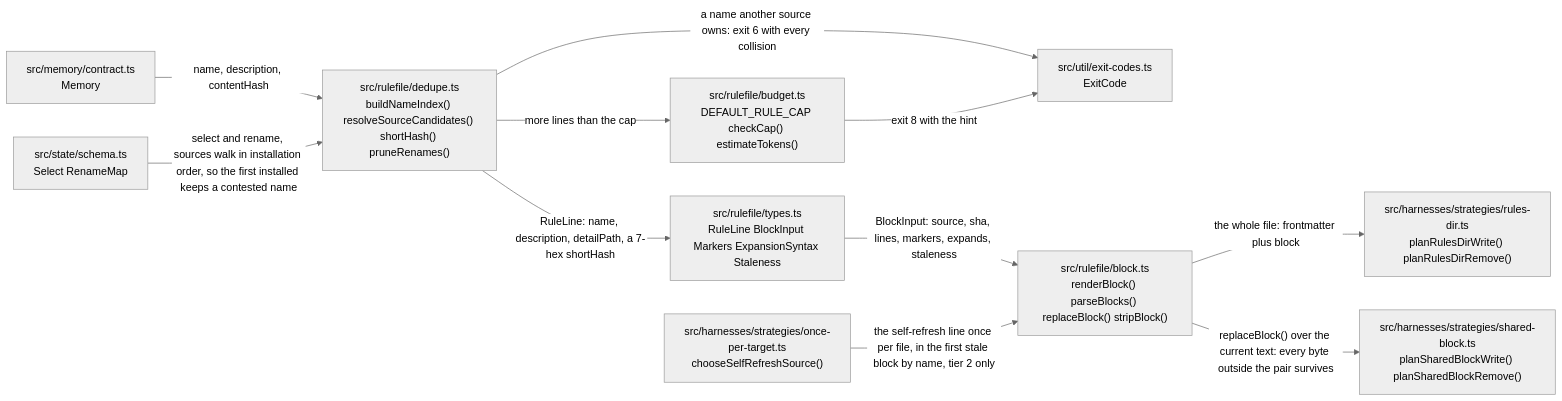
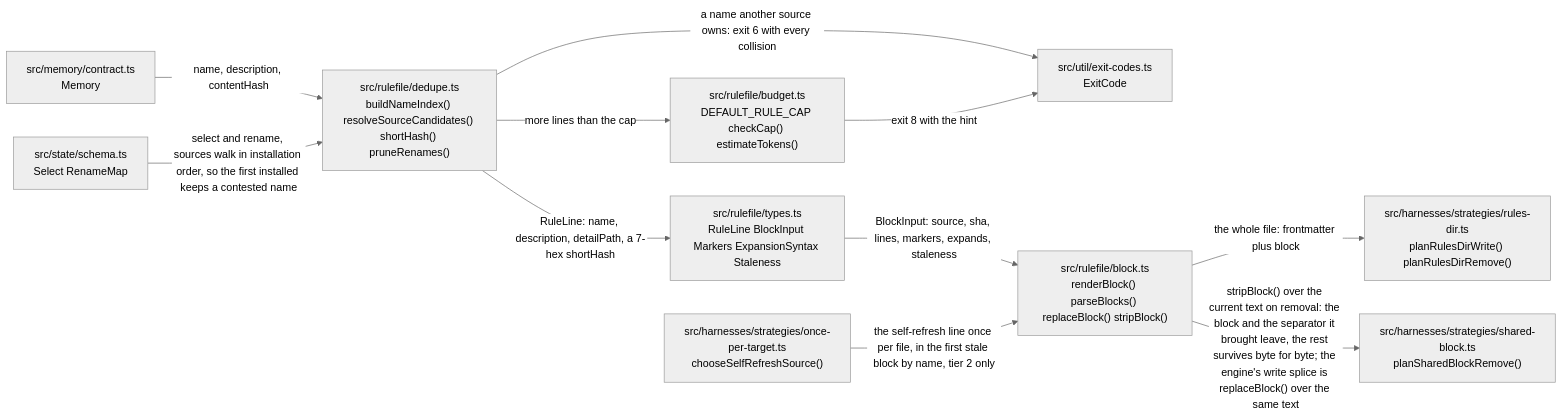
The fourth of 15 diagrams in docs/architecture.md (Vivswan/maxims), drawn with Mermaid (neutral theme) before and after one commit. The commit also changed other lines of this file and 10 other files, not shown here.

````diff
--- a/docs/architecture.md
+++ b/docs/architecture.md
@@ -142,23 +142,23 @@
 ```mermaid
 flowchart LR
   memory["src/memory/contract.ts<br>Memory"]
   intent["src/state/schema.ts<br>Select RenameMap"]
   dedupe["src/rulefile/dedupe.ts<br>buildNameIndex() resolveSourceCandidates() shortHash() pruneRenames()"]
   budget["src/rulefile/budget.ts<br>DEFAULT_RULE_CAP checkCap() estimateTokens()"]
   exit["src/util/exit-codes.ts<br>ExitCode"]
   types["src/rulefile/types.ts<br>RuleLine BlockInput Markers ExpansionSyntax Staleness"]
   block["src/rulefile/block.ts<br>renderBlock() parseBlocks() replaceBlock() stripBlock()"]
   selfrefresh["src/harnesses/strategies/once-per-target.ts<br>chooseSelfRefreshSource()"]
   rulesdir["src/harnesses/strategies/rules-dir.ts<br>planRulesDirWrite() planRulesDirRemove()"]
-  shared["src/harnesses/strategies/shared-block.ts<br>planSharedBlockWrite() planSharedBlockRemove()"]
+  shared["src/harnesses/strategies/shared-block.ts<br>planSharedBlockRemove()"]
   memory -->|"name, description, contentHash"| dedupe
   intent -->|"select and rename, sources walk in installation order, so the first installed keeps a contested name"| dedupe
   dedupe -->|"a name another source owns: exit 6 with every collision"| exit
   dedupe -->|"more lines than the cap"| budget
   budget -->|"exit 8 with the hint"| exit
   dedupe -->|"RuleLine: name, description, detailPath, a 7-hex shortHash"| types
   types -->|"BlockInput: source, sha, lines, markers, expands, staleness"| block
   selfrefresh -->|"the self-refresh line once per file, in the first stale block by name, tier 2 only"| block
   block -->|"the whole file: frontmatter plus block"| rulesdir
-  block -->|"replaceBlock() over the current text: every byte outside the pair survives"| shared
+  block -->|"stripBlock() over the current text on removal: the block and the separator it brought leave, the rest survives byte for byte; the engine's write splice is replaceBlock() over the same text"| shared
 ```
````
